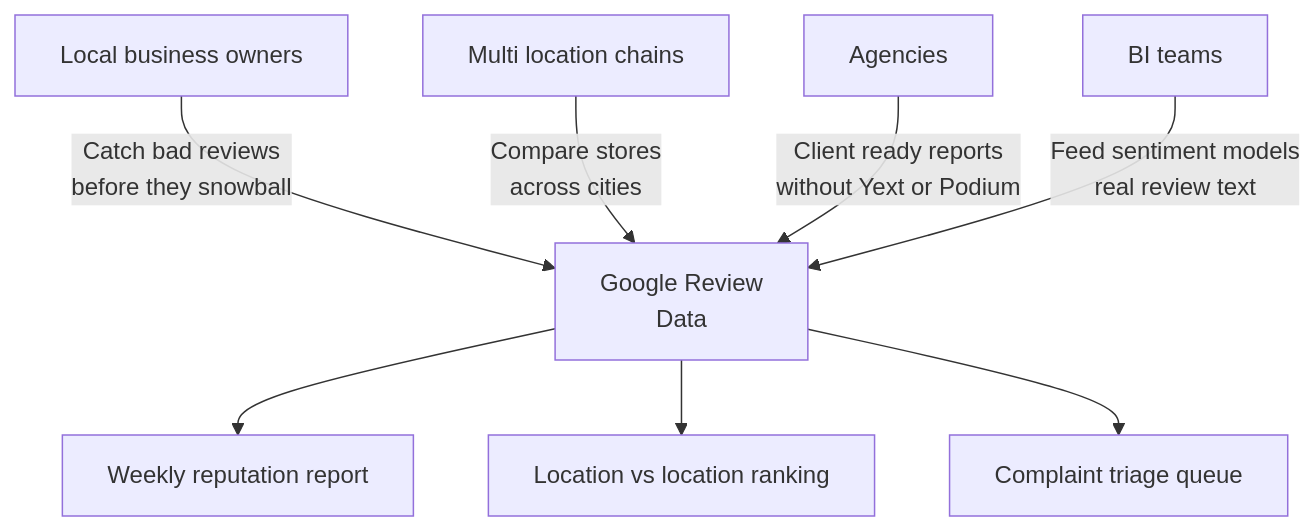
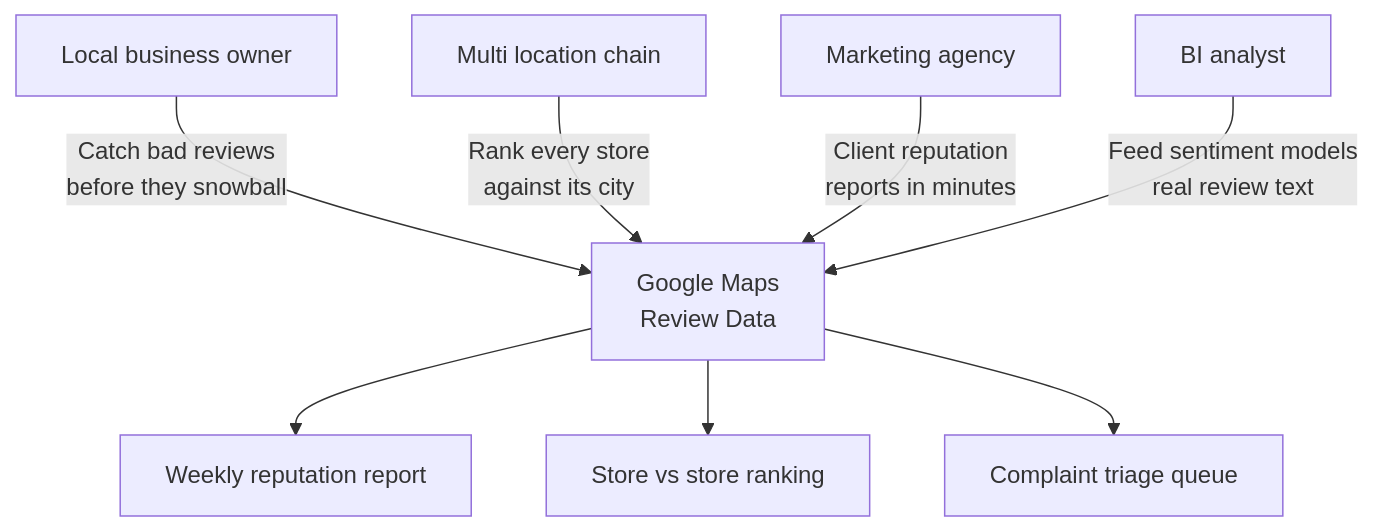
One commit to Ken-Mutisya/scrapemint changed the first of 4 diagrams in actors/google-reviews-intelligence/README.md. Above: the diagram before and after it, drawn with Mermaid. The commit also changed other lines of this file, not shown here.

First line of the commit message:
Optimize Google Reviews README for organic search

````diff
--- a/actors/google-reviews-intelligence/README.md
+++ b/actors/google-reviews-intelligence/README.md
@@ -11,10 +11,10 @@
 ```mermaid
 flowchart TD
-    A[Local business owners] -->|Catch bad reviews<br/>before they snowball| D[Google Review<br/>Data]
-    B[Multi location chains] -->|Compare stores<br/>across cities| D
-    C[Agencies] -->|Client ready reports<br/>without Yext or Podium| D
-    R[BI teams] -->|Feed sentiment models<br/>real review text| D
+    A[Local business owner] -->|Catch bad reviews<br/>before they snowball| D[Google Maps<br/>Review Data]
+    B[Multi location chain] -->|Rank every store<br/>against its city| D
+    C[Marketing agency] -->|Client reputation<br/>reports in minutes| D
+    R[BI analyst] -->|Feed sentiment models<br/>real review text| D
     D --> E[Weekly reputation report]
-    D --> F[Location vs location ranking]
+    D --> F[Store vs store ranking]
     D --> G[Complaint triage queue]
 ```
````
